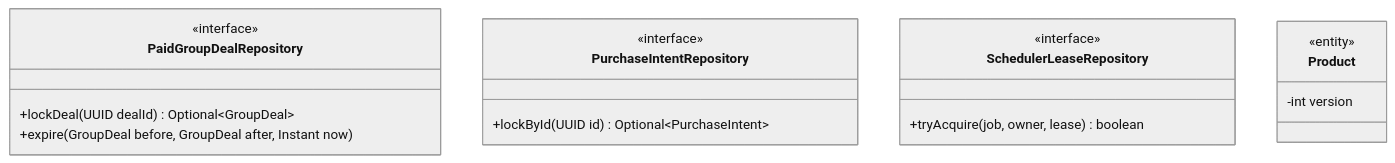
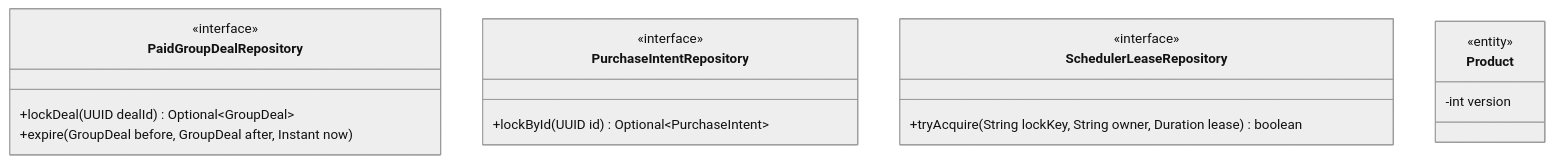
The ninth of 14 diagrams in docs/swe5006/report-drafts/transition-strategies.md (PPsyrius/iss-groupbuy-team8), drawn with Mermaid (neutral theme) before and after one commit. The commit also changed other lines of this file and 1 other file, not shown here.

````diff
--- a/docs/swe5006/report-drafts/transition-strategies.md
+++ b/docs/swe5006/report-drafts/transition-strategies.md
@@ -384,20 +356,20 @@
 ```mermaid
 classDiagram
     class PaidGroupDealRepository {
         <<interface>>
         +lockDeal(UUID dealId) Optional~GroupDeal~
         +expire(GroupDeal before, GroupDeal after, Instant now)
     }
     class PurchaseIntentRepository {
         <<interface>>
         +lockById(UUID id) Optional~PurchaseIntent~
     }
     class SchedulerLeaseRepository {
         <<interface>>
-        +tryAcquire(job, owner, lease) boolean
+        +tryAcquire(String lockKey, String owner, Duration lease) boolean
     }
     class Product {
         <<entity>>
         -int version
     }
 ```
````
